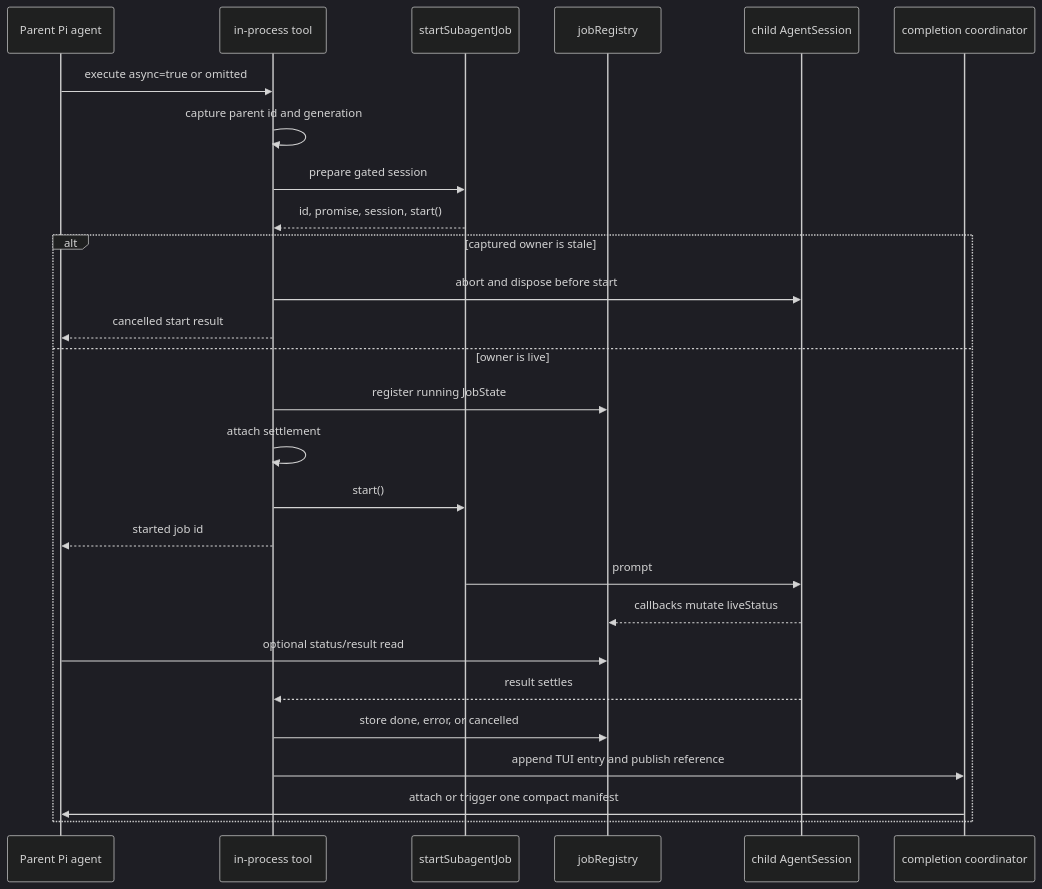
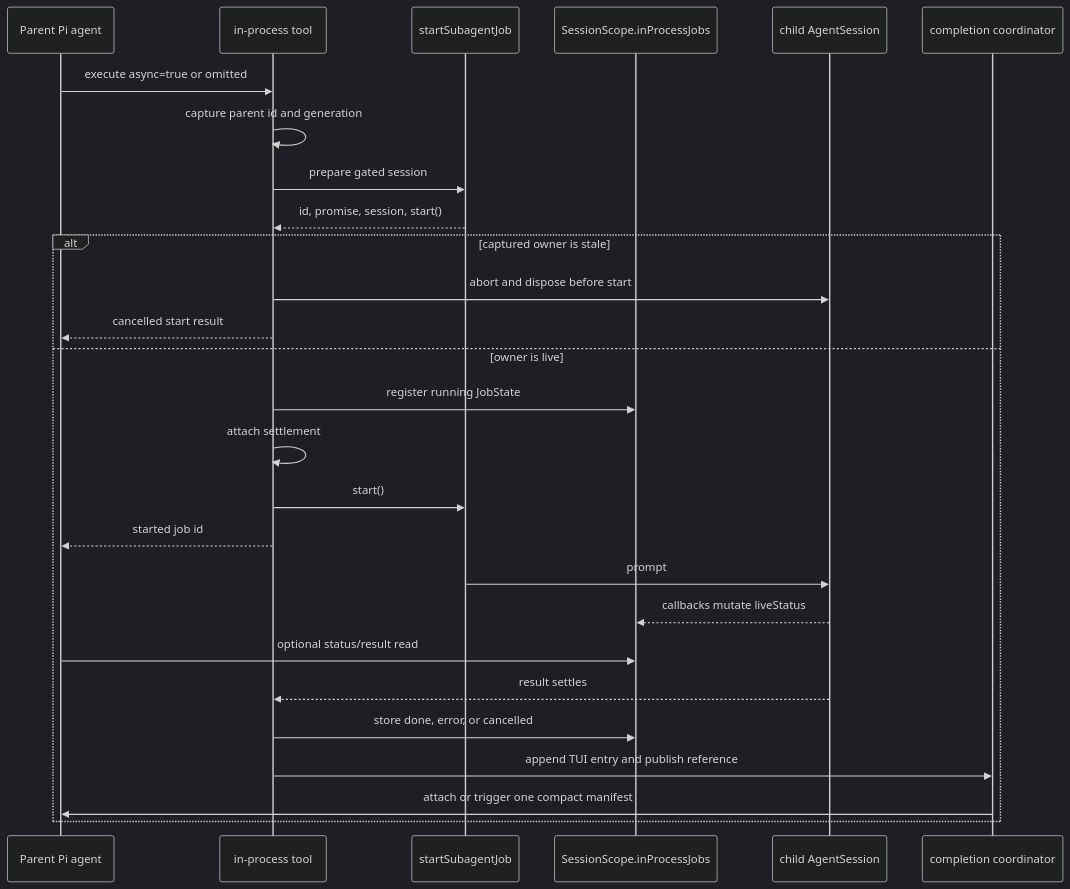
The fourth of 8 diagrams in architecture.md (lmn451/pi-subagentura), drawn with Mermaid (dark theme) before and after one commit. The commit also changed other lines of this file and 68 other files, not shown here.

````diff
--- a/architecture.md
+++ b/architecture.md
@@ -387,30 +389,30 @@
 ```mermaid
 sequenceDiagram
   participant P as Parent Pi agent
   participant T as in-process tool
   participant H as startSubagentJob
-  participant R as jobRegistry
+  participant R as SessionScope.inProcessJobs
   participant S as child AgentSession
   participant C as completion coordinator
 
   P->>T: execute async=true or omitted
   T->>T: capture parent id and generation
   T->>H: prepare gated session
   H-->>T: id, promise, session, start()
   alt captured owner is stale
     T->>S: abort and dispose before start
     T-->>P: cancelled start result
   else owner is live
     T->>R: register running JobState
     T->>T: attach settlement
     T->>H: start()
     T-->>P: started job id
     H->>S: prompt
     S-->>R: callbacks mutate liveStatus
     P->>R: optional status/result read
     S-->>T: result settles
     T->>R: store done, error, or cancelled
     T->>C: append TUI entry and publish reference
     C->>P: attach or trigger one compact manifest
   end
 ```
````
